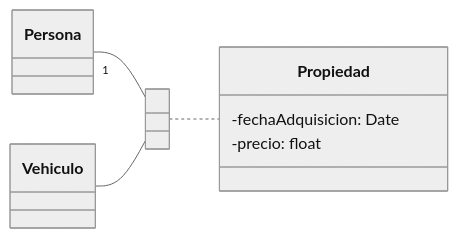
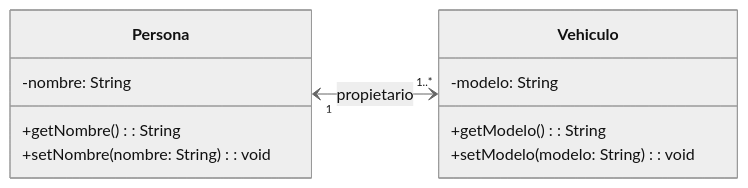
The fourth of 4 diagrams in UD4 - Introducción a POO, diagramas UML y diagramas de clases/ud04_2_notacion_uml_diagramas_clases.md (danielmartinan/entornos_desarrollo_2024-25), drawn with Mermaid (neutral theme) before and after one commit. The commit also changed other lines of this file, not shown here.

````diff
--- a/UD4 - Introducción a POO, diagramas UML y diagramas de clases/ud04_2_notacion_uml_diagramas_clases.md
+++ b/UD4 - Introducción a POO, diagramas UML y diagramas de clases/ud04_2_notacion_uml_diagramas_clases.md
@@ -130,16 +148,17 @@
 ```mermaid
 classDiagram
     direction LR
-    class ac["&ZeroWidthSpace;"] ::: invisible
-
-    class Persona
-    class Vehiculo
-    class Propiedad {
-        -fechaAdquisicion: Date
-        -precio: float
+    class Persona {
+        -nombre: String
+        +getNombre(): String
+        +setNombre(nombre: String): void
     }
 
-    Persona "1" -- ac
-    Vehiculo -- ac
-    ac .. Propiedad
+    class Vehiculo {
+        -modelo: String
+        +getModelo(): String
+        +setModelo(modelo: String): void
+    }
+
+    Persona "1" <--> "1..*" Vehiculo: propietario
 ```
````
